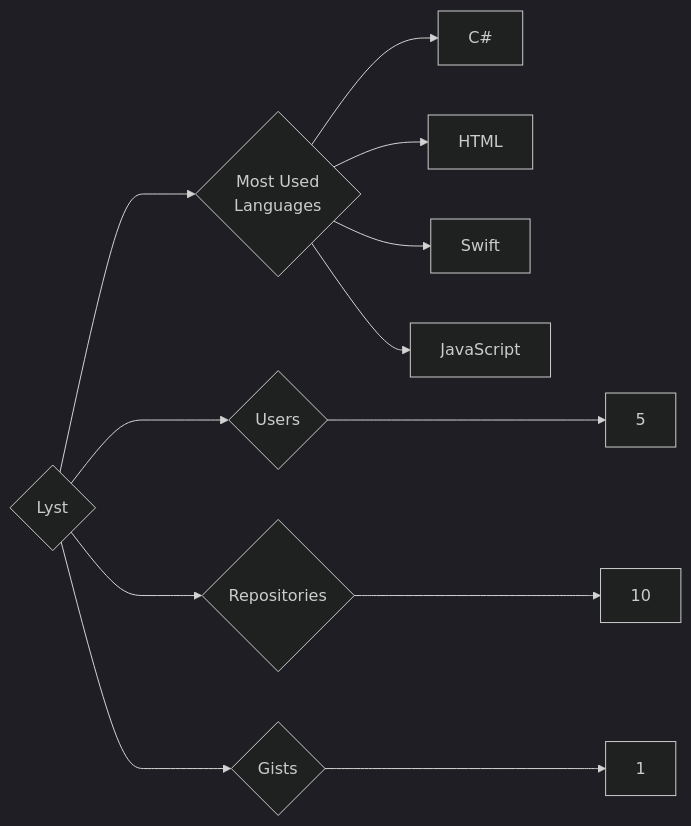
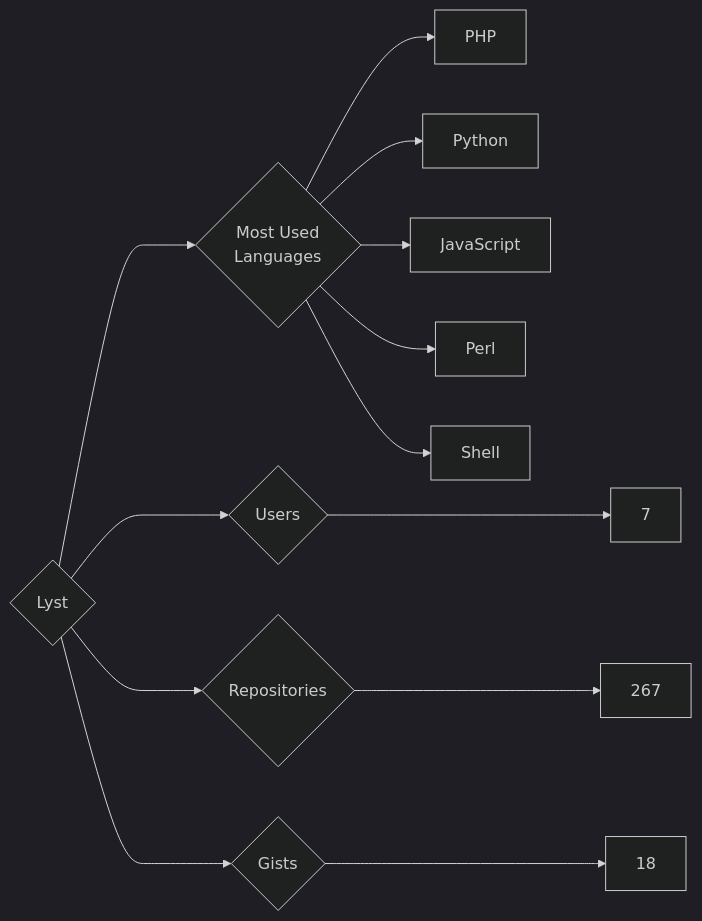
The diagram in targets/Lyst/README.md (trickest/insiders), drawn with Mermaid (dark theme) before and after one commit. The commit also changed 597 other files, not shown here.

````diff
--- a/targets/Lyst/README.md
+++ b/targets/Lyst/README.md
@@ -3,12 +3,13 @@
 ```mermaid
 graph LR
 COMPANY_NAME{Lyst}
-COMPANY_NAME ---> U{Users} ---> UN[5]
-COMPANY_NAME ---> R{Repositories} ---> RN[10]
-COMPANY_NAME ---> G{Gists} ---> GN[1]
+COMPANY_NAME ---> U{Users} ---> UN[7]
+COMPANY_NAME ---> R{Repositories} ---> RN[267]
+COMPANY_NAME ---> G{Gists} ---> GN[18]
 COMPANY_NAME ---> ML{Most Used<br>Languages}
-ML --> C#[C#]
-ML --> HTML[HTML]
-ML --> Swift[Swift]
+ML --> PHP[PHP]
+ML --> Python[Python]
 ML --> JavaScript[JavaScript]
+ML --> Perl[Perl]
+ML --> Shell[Shell]
 ```
````
